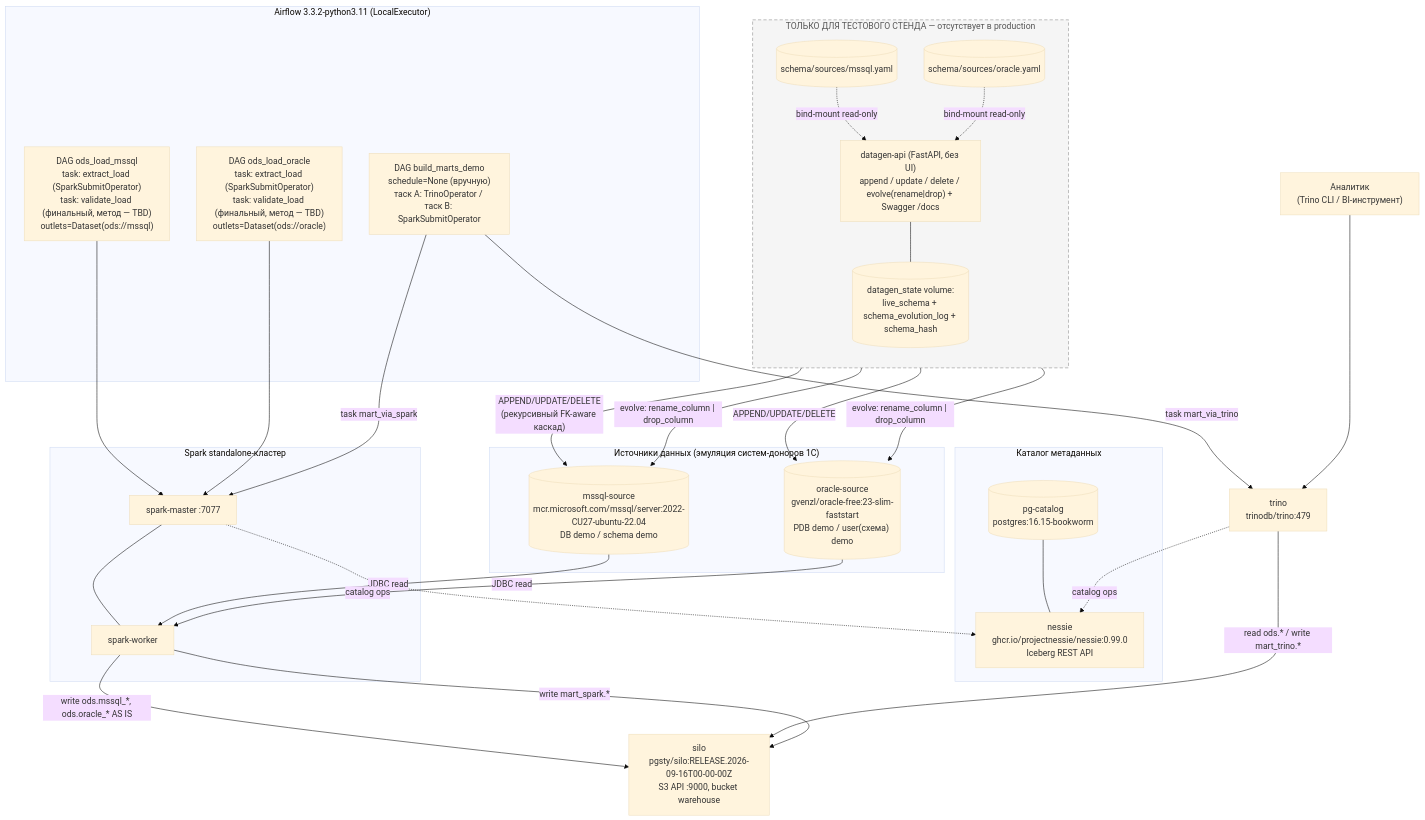
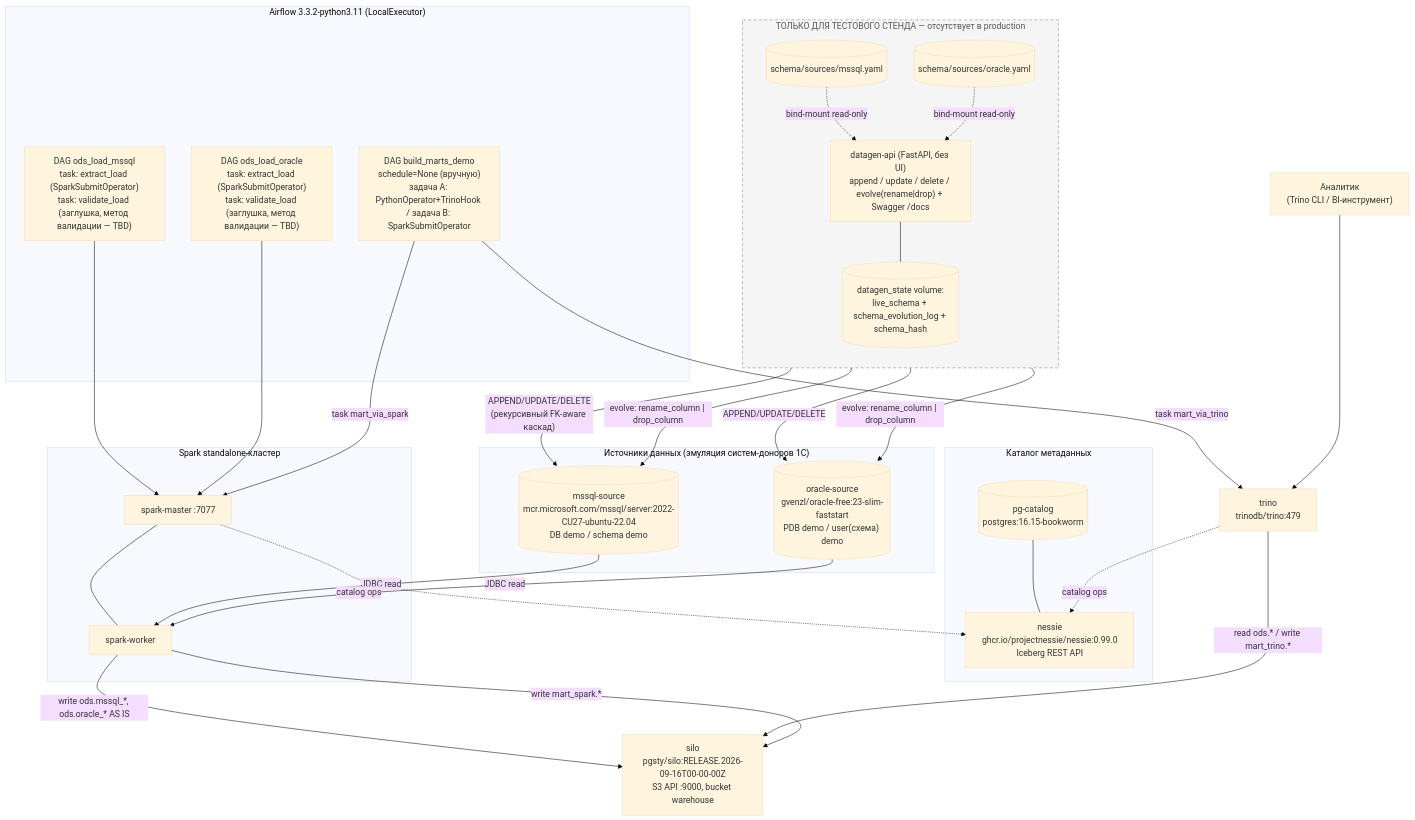
The diagram in docs/README.md (georgekochergin/datalake_stand), drawn with Mermaid (base theme) before and after one commit. The commit also changed other lines of this file and 13 other files, not shown here.

````diff
--- a/docs/README.md
+++ b/docs/README.md
@@ -9,64 +9,64 @@
 ```mermaid
 flowchart TB
     ANALYST["Аналитик\n(Trino CLI / BI-инструмент)"]
 
     subgraph Sources["Источники данных (эмуляция систем-доноров 1С)"]
         MSSQL[("mssql-source\nmcr.microsoft.com/mssql/server:2022-CU27-ubuntu-22.04\nDB demo / schema demo")]
         ORA[("oracle-source\ngvenzl/oracle-free:23-slim-faststart\nPDB demo / user(схема) demo")]
     end
 
     subgraph DataGen["ТОЛЬКО ДЛЯ ТЕСТОВОГО СТЕНДА — отсутствует в production"]
         direction TB
         Y1[("schema/sources/mssql.yaml")]
         Y2[("schema/sources/oracle.yaml")]
         API["datagen-api (FastAPI, без UI)\nappend / update / delete / evolve(rename|drop) + Swagger /docs"]
         STATE[("datagen_state volume:\nlive_schema + schema_evolution_log + schema_hash")]
         Y1 -. "bind-mount read-only" .-> API
         Y2 -. "bind-mount read-only" .-> API
         API --- STATE
     end
 
     subgraph Catalog["Каталог метаданных"]
         PGC[("pg-catalog\npostgres:16.15-bookworm")]
         NESSIE["nessie\nghcr.io/projectnessie/nessie:0.99.0\nIceberg REST API"]
         PGC --- NESSIE
     end
 
     SILO["silo\npgsty/silo:RELEASE.2026-09-16T00-00-00Z\nS3 API :9000, bucket warehouse"]
 
     subgraph SparkCluster["Spark standalone-кластер"]
         SM["spark-master :7077"]
         SW["spark-worker"]
         SM --- SW
     end
 
     TRINO["trino\ntrinodb/trino:479"]
 
     subgraph Orchestration["Airflow 3.3.2-python3.11 (LocalExecutor)"]
-        D1["DAG ods_load_mssql\ntask: extract_load (SparkSubmitOperator)\ntask: validate_load (финальный, метод — TBD)\noutlets=Dataset(ods://mssql)"]
-        D2["DAG ods_load_oracle\ntask: extract_load (SparkSubmitOperator)\ntask: validate_load (финальный, метод — TBD)\noutlets=Dataset(ods://oracle)"]
-        D3["DAG build_marts_demo\nschedule=None (вручную)\nтаск A: TrinoOperator / таск B: SparkSubmitOperator"]
+        D1["DAG ods_load_mssql\ntask: extract_load (SparkSubmitOperator)\ntask: validate_load (заглушка, метод валидации — TBD)"]
+        D2["DAG ods_load_oracle\ntask: extract_load (SparkSubmitOperator)\ntask: validate_load (заглушка, метод валидации — TBD)"]
+        D3["DAG build_marts_demo\nschedule=None (вручную)\nзадача A: PythonOperator+TrinoHook / задача B: SparkSubmitOperator"]
     end
 
     API -- "APPEND/UPDATE/DELETE\n(рекурсивный FK-aware каскад)" --> MSSQL
     API -- "evolve: rename_column | drop_column" --> MSSQL
     API -- "APPEND/UPDATE/DELETE" --> ORA
     API -- "evolve: rename_column | drop_column" --> ORA
 
     D1 --> SM
     D2 --> SM
     MSSQL -- "JDBC read" --> SW
     ORA -- "JDBC read" --> SW
     SW -- "write ods.mssql_*, ods.oracle_* AS IS" --> SILO
     SM -. "catalog ops" .-> NESSIE
 
     D3 -- "task mart_via_trino" --> TRINO
     D3 -- "task mart_via_spark" --> SM
     TRINO -. "catalog ops" .-> NESSIE
     TRINO -- "read ods.* / write mart_trino.*" --> SILO
     SW -- "write mart_spark.*" --> SILO
 
     ANALYST --> TRINO
 
     style DataGen stroke-dasharray: 6 4,stroke:#888,fill:#f5f5f5,color:#555
 ```
````
